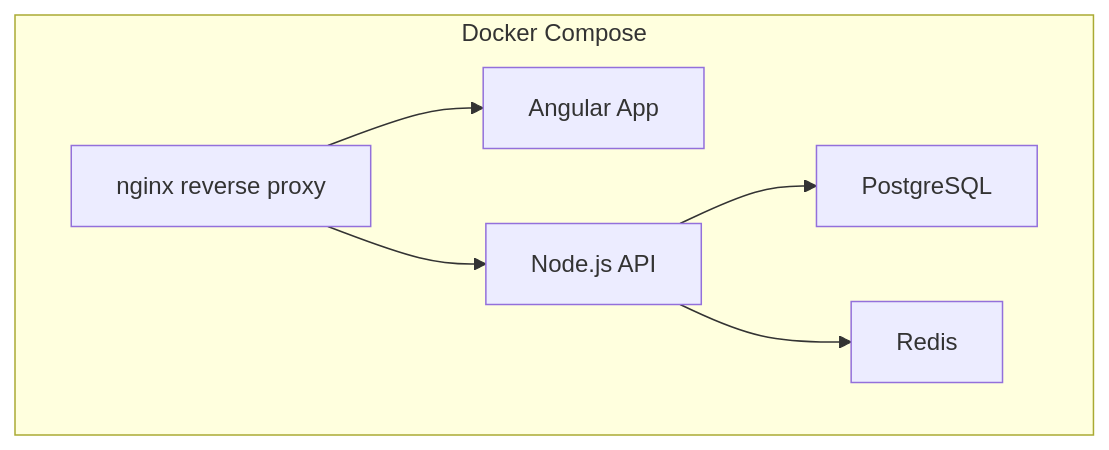
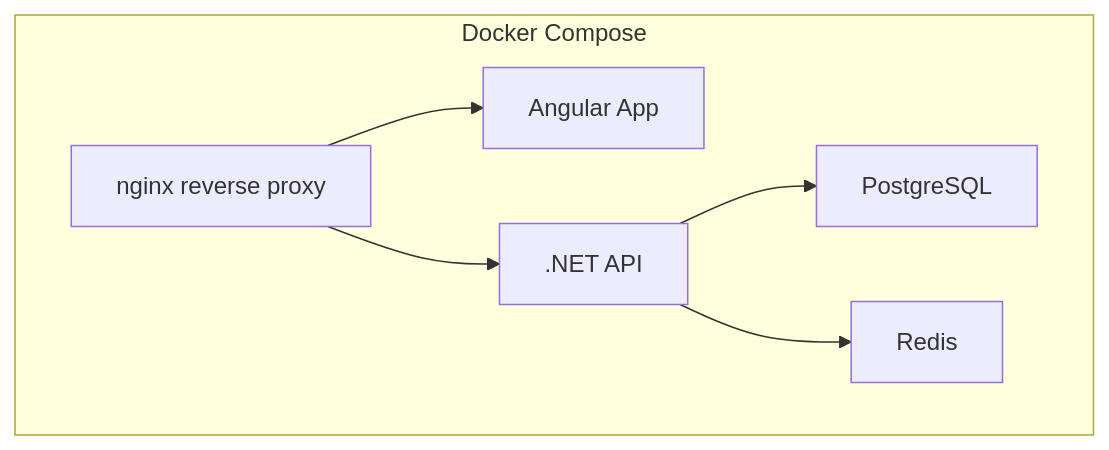
One commit to szanyimark/chat-app changed the second of 2 diagrams in plan.md. Above: the diagram before and after it, drawn with Mermaid. The commit also changed other lines of this file, not shown here.

Commit message:
update plan: use .net

````diff
--- a/plan.md
+++ b/plan.md
@@ -68,15 +68,15 @@
 ```mermaid
 graph TB
     subgraph Docker["Docker Compose"]
         NGINX[nginx reverse proxy]
         Frontend[Angular App]
-        Backend[Node.js API]
+        Backend[".NET API"]
         DB[PostgreSQL]
         Redis[Redis]
     end
     
     NGINX --> Frontend
     NGINX --> Backend
     Backend --> DB
     Backend --> Redis
 ```
````
